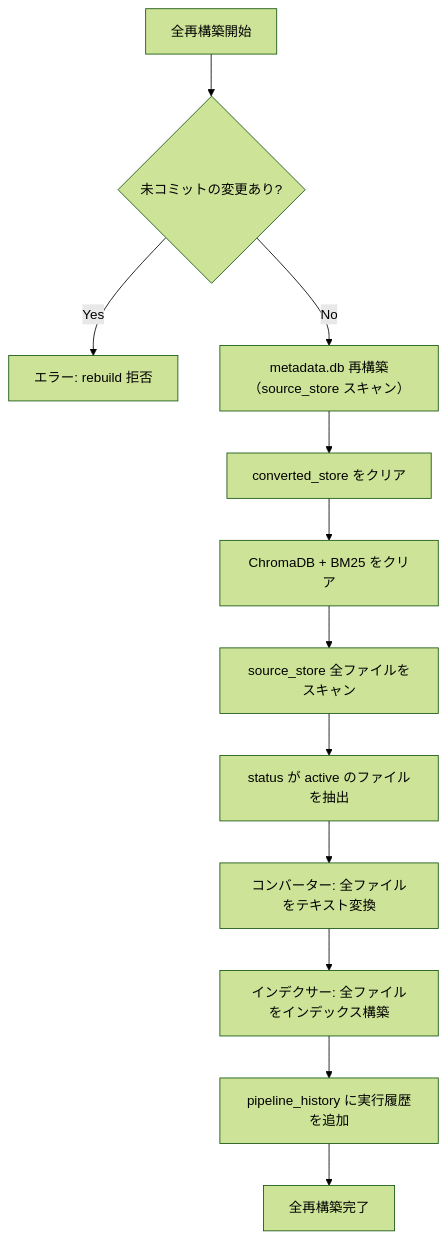
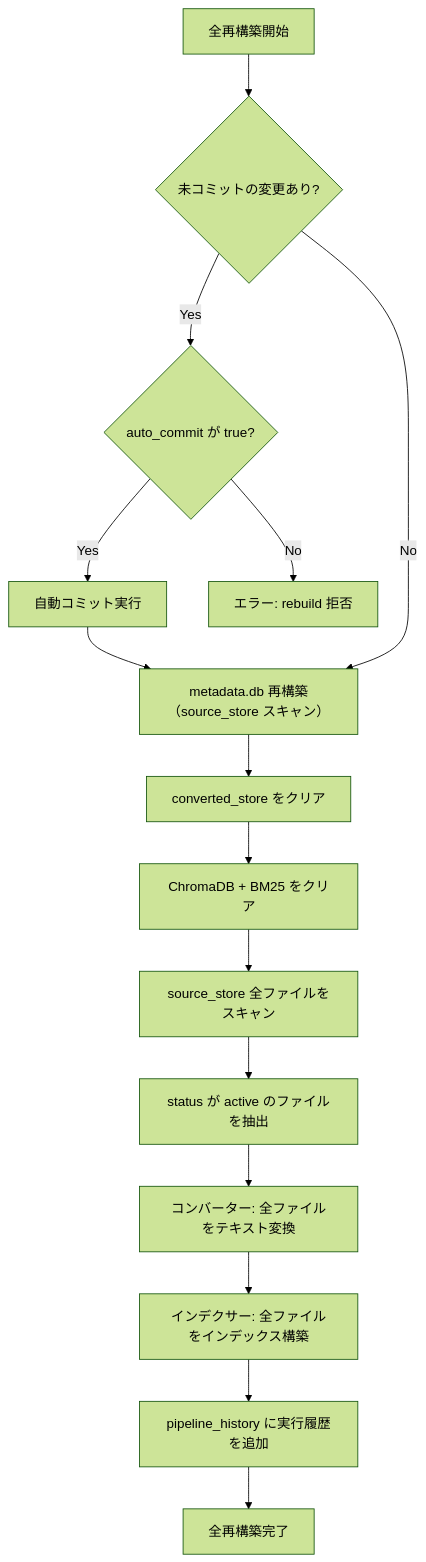
Before and after one commit to becky3/rag-knowledge: the second of 3 diagrams in docs/specs/pipeline-controller.md, drawn with Mermaid (forest theme). The commit also changed other lines of this file and 6 other files, not shown here.

````diff
--- a/docs/specs/pipeline-controller.md
+++ b/docs/specs/pipeline-controller.md
@@ -115,28 +142,33 @@
 ```mermaid
 flowchart TD
     START["全再構築開始"]
     CHECK_DIRTY{"未コミットの変更あり?"}
+    CHECK_AUTO{"auto_commit が true?"}
+    AUTO_COMMIT["自動コミット実行"]
     ERROR_DIRTY["エラー: rebuild 拒否"]
     CLEAR_CONV["converted_store をクリア"]
     CLEAR_IDX["ChromaDB + BM25 をクリア"]
     SCAN["source_store 全ファイルをスキャン"]
     FILTER["status が active のファイルを抽出"]
     CONVERT["コンバーター: 全ファイルをテキスト変換"]
     INDEX["インデクサー: 全ファイルをインデックス構築"]
     UPDATE["pipeline_history に実行履歴を追加"]
     END_NODE["全再構築完了"]
 
     REBUILD_DB["metadata.db 再構築（source_store スキャン）"]
 
     START --> CHECK_DIRTY
-    CHECK_DIRTY -- Yes --> ERROR_DIRTY
+    CHECK_DIRTY -- Yes --> CHECK_AUTO
+    CHECK_AUTO -- Yes --> AUTO_COMMIT
+    AUTO_COMMIT --> REBUILD_DB
+    CHECK_AUTO -- No --> ERROR_DIRTY
     CHECK_DIRTY -- No --> REBUILD_DB
     REBUILD_DB --> CLEAR_CONV
     CLEAR_CONV --> CLEAR_IDX
     CLEAR_IDX --> SCAN
     SCAN --> FILTER
     FILTER --> CONVERT
     CONVERT --> INDEX
     INDEX --> UPDATE
     UPDATE --> END_NODE
 ```
````
